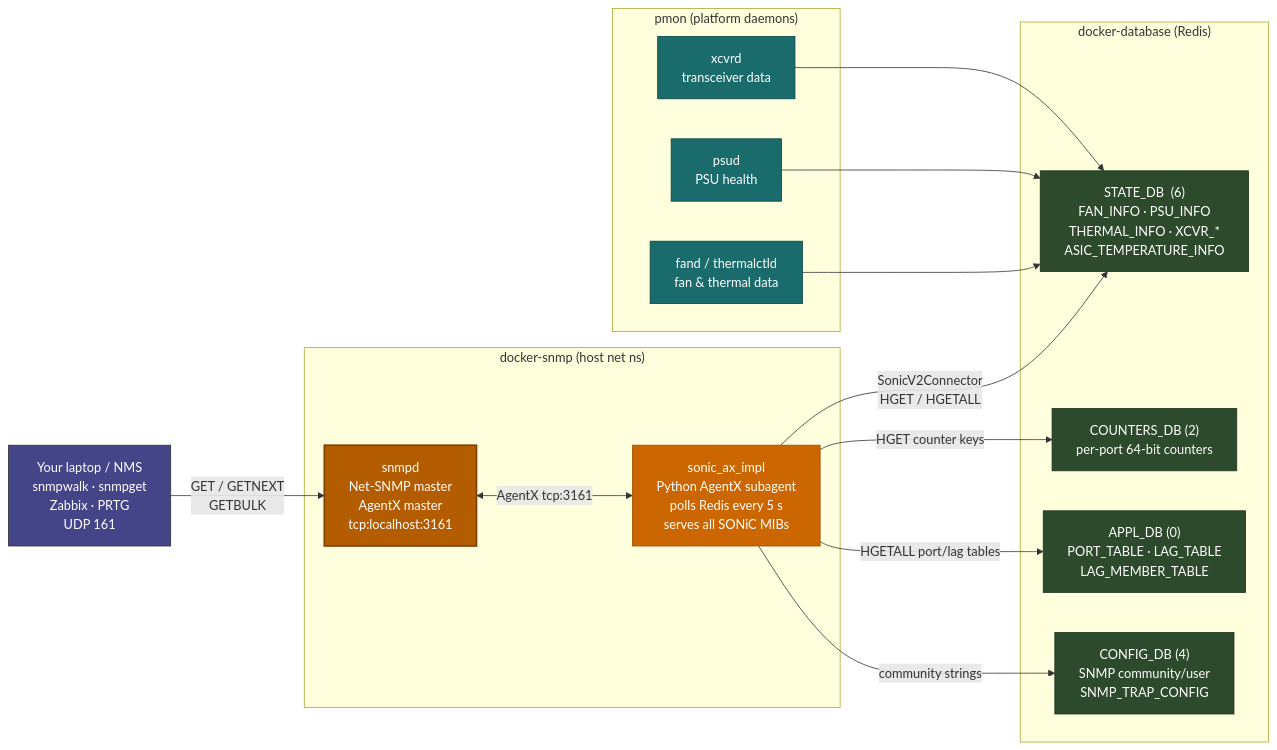
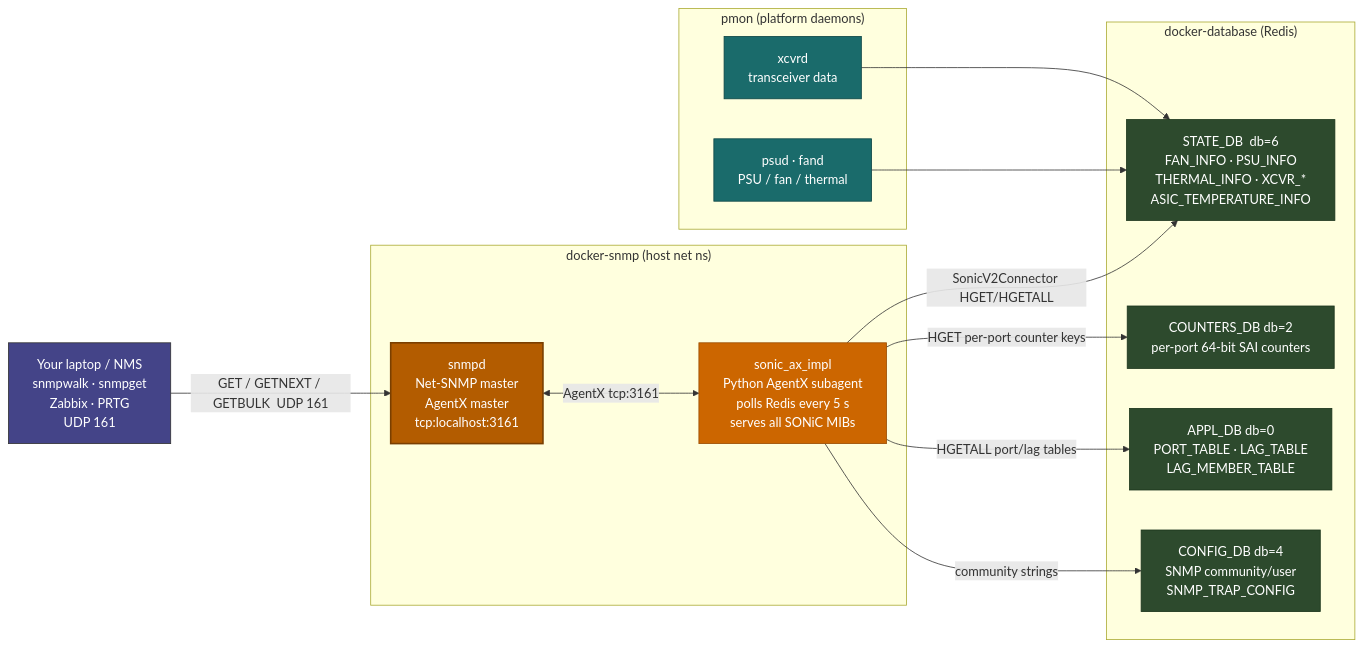
Before and after one commit to thongal-upscale/sonic-snmpagent: the first of 17 diagrams in docs/nms_compliance_gaps.md, drawn with Mermaid. The commit also changed other lines of this file, not shown here.

````diff
--- a/docs/nms_compliance_gaps.md
+++ b/docs/nms_compliance_gaps.md
@@ -27,38 +28,36 @@
 ```mermaid
 graph LR
     classDef ext   fill:#444488,color:#fff,stroke:#333
     classDef snmp  fill:#b35c00,color:#fff,stroke:#7a3f00,stroke-width:2px
     classDef sub   fill:#cc6600,color:#fff,stroke:#994d00
     classDef redis fill:#2d4a2d,color:#fff,stroke:#1a331a
     classDef pmon  fill:#1a6b6b,color:#fff,stroke:#0d4545
 
     NMS["Your laptop / NMS\nsnmpwalk · snmpget\nZabbix · PRTG\nUDP 161"]:::ext
 
     subgraph docker_snmp["docker-snmp  (host net ns)"]
         SNMPD["snmpd\nNet-SNMP master\nAgentX master\ntcp:localhost:3161"]:::snmp
         AX["sonic_ax_impl\nPython AgentX subagent\npolls Redis every 5 s\nserves all SONiC MIBs"]:::sub
     end
 
     subgraph docker_database["docker-database  (Redis)"]
-        STATE["STATE_DB  (6)\nFAN_INFO · PSU_INFO\nTHERMAL_INFO · XCVR_*\nASIC_TEMPERATURE_INFO"]:::redis
-        CNT["COUNTERS_DB  (2)\nper-port 64-bit counters"]:::redis
-        APPL["APPL_DB  (0)\nPORT_TABLE · LAG_TABLE\nLAG_MEMBER_TABLE"]:::redis
-        CFG["CONFIG_DB  (4)\nSNMP community/user\nSNMP_TRAP_CONFIG"]:::redis
+        STATE["STATE_DB  db=6\nFAN_INFO · PSU_INFO\nTHERMAL_INFO · XCVR_*\nASIC_TEMPERATURE_INFO"]:::redis
+        CNT["COUNTERS_DB  db=2\nper-port 64-bit SAI counters"]:::redis
+        APPL["APPL_DB  db=0\nPORT_TABLE · LAG_TABLE\nLAG_MEMBER_TABLE"]:::redis
+        CFG["CONFIG_DB  db=4\nSNMP community/user\nSNMP_TRAP_CONFIG"]:::redis
     end
 
     subgraph pmon["pmon  (platform daemons)"]
         XCVRD["xcvrd\ntransceiver data"]:::pmon
-        PSUD["psud\nPSU health"]:::pmon
-        FAND["fand / thermalctld\nfan & thermal data"]:::pmon
+        PSUD["psud · fand\nPSU / fan / thermal"]:::pmon
     end
 
-    NMS -->|"GET / GETNEXT\nGETBULK"| SNMPD
+    NMS -->|"GET / GETNEXT / GETBULK  UDP 161"| SNMPD
     SNMPD <-->|"AgentX tcp:3161"| AX
-    AX -->|"SonicV2Connector\nHGET / HGETALL"| STATE
-    AX -->|"HGET counter keys"| CNT
+    AX -->|"SonicV2Connector HGET/HGETALL"| STATE
+    AX -->|"HGET per-port counter keys"| CNT
     AX -->|"HGETALL port/lag tables"| APPL
     AX -->|"community strings"| CFG
     XCVRD --> STATE
     PSUD --> STATE
-    FAND --> STATE
 ```
````
